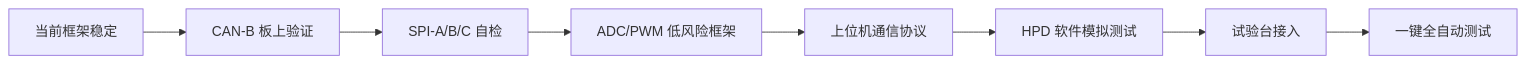
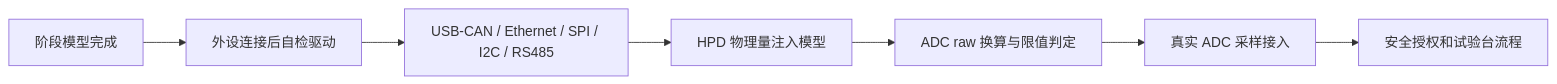
One commit to zhouyinqi/Lab14_Example_2837xD_IIC_liushui changed the second of 2 diagrams in 设计方案大纲-当前进度.md. Above: the diagram before and after it, drawn with Mermaid. The commit also changed other lines of this file and 6 other files, not shown here.

````diff
--- a/设计方案大纲-当前进度.md
+++ b/设计方案大纲-当前进度.md
@@ -137,10 +146,9 @@
 ```mermaid
 flowchart LR
-    A["当前框架稳定"] --> B["CAN-B 板上验证"]
-    B --> C["SPI-A/B/C 自检"]
-    C --> D["ADC/PWM 低风险框架"]
-    D --> E["上位机通信协议"]
-    E --> F["HPD 软件模拟测试"]
-    F --> G["试验台接入"]
-    G --> H["一键全自动测试"]
+    A["阶段模型完成"] --> B["外设连接后自检驱动"]
+    B --> C["USB-CAN / Ethernet / SPI / I2C / RS485"]
+    C --> D["HPD 物理量注入模型"]
+    D --> E["ADC raw 换算与限值判定"]
+    E --> F["真实 ADC 采样接入"]
+    F --> G["安全授权和试验台流程"]
 ```
````
